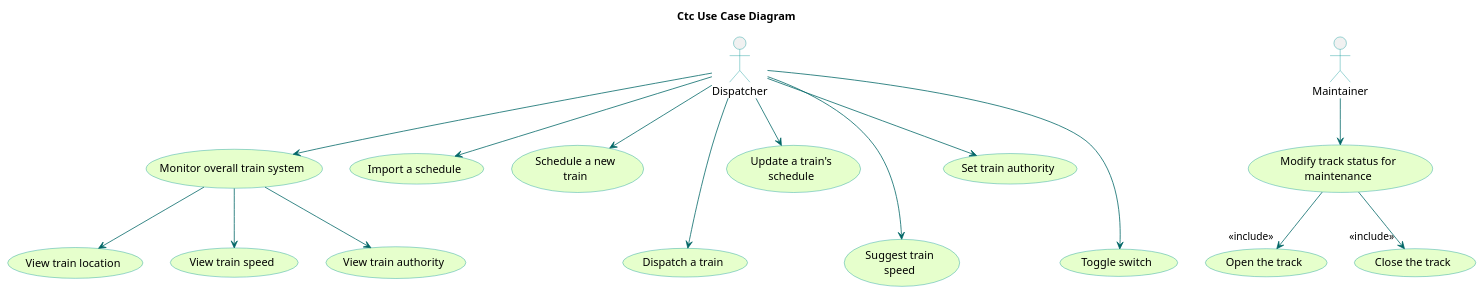
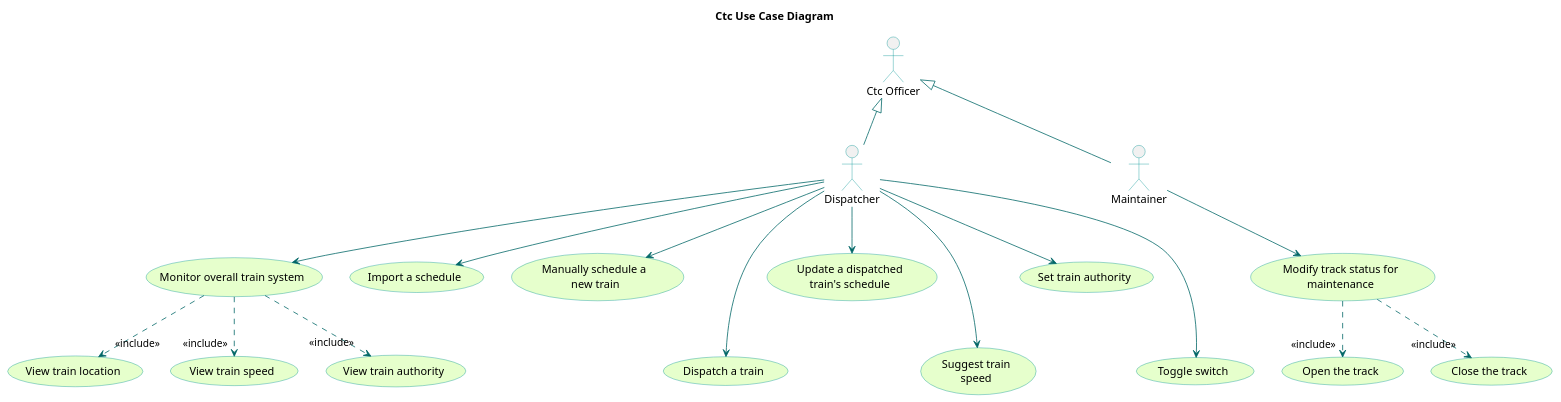
One commit to kevingilboy/COE1186 changed the diagram in TrainSystem/yUML/Usecase Diagrams/CtcUseCaseDiagram.pu. Above: the diagram before and after it, drawn with PlantUML. The commit also changed 3 other files, not shown here.

```diff
--- a/TrainSystem/yUML/Usecase Diagrams/CtcUseCaseDiagram.pu
+++ b/TrainSystem/yUML/Usecase Diagrams/CtcUseCaseDiagram.pu
@@ -1,29 +1,32 @@
 @startuml
 title Ctc Use Case Diagram
 skinparam backgroundColor transparent'
 skinparam usecaseBackgroundColor #e6ffcc
 skinparam usecaseBorderColor 	#049595
 skinparam actorBorderColor 	#049595
 skinparam packageBorderColor  #049595
 skinparam arrowColor #006666
 
+:Ctc Officer: as c
 :Dispatcher: as d
 :Maintainer: as m
+c <|-- d
+c <|-- m
 (Monitor overall train system) as mots
 (Modify track status for\nmaintenance) as mts
 d --> (Import a schedule)
-d --> (Schedule a new\ntrain)
+d --> (Manually schedule a \nnew train)
 d ---> (Dispatch a train)
-d --> (Update a train's\nschedule)
+d --> (Update a dispatched\ntrain's schedule)
 d ---> (Suggest train\nspeed)
 d --> (Set train authority)
 d ---> (Toggle switch)
 d --> mots
-mots --> (View train location)
-mots --> (View train speed)
-mots --> (View train authority)
+mots .->"<<include>>" (View train location)
+mots .->"<<include>>" (View train speed)
+mots .->"<<include>>" (View train authority)
 
 m --> mts
-mts -->"<<include>>" (Open the track)
-mts -->"<<include>>" (Close the track)
+mts .->"<<include>>" (Open the track)
+mts .->"<<include>>" (Close the track)
 @enduml
```
